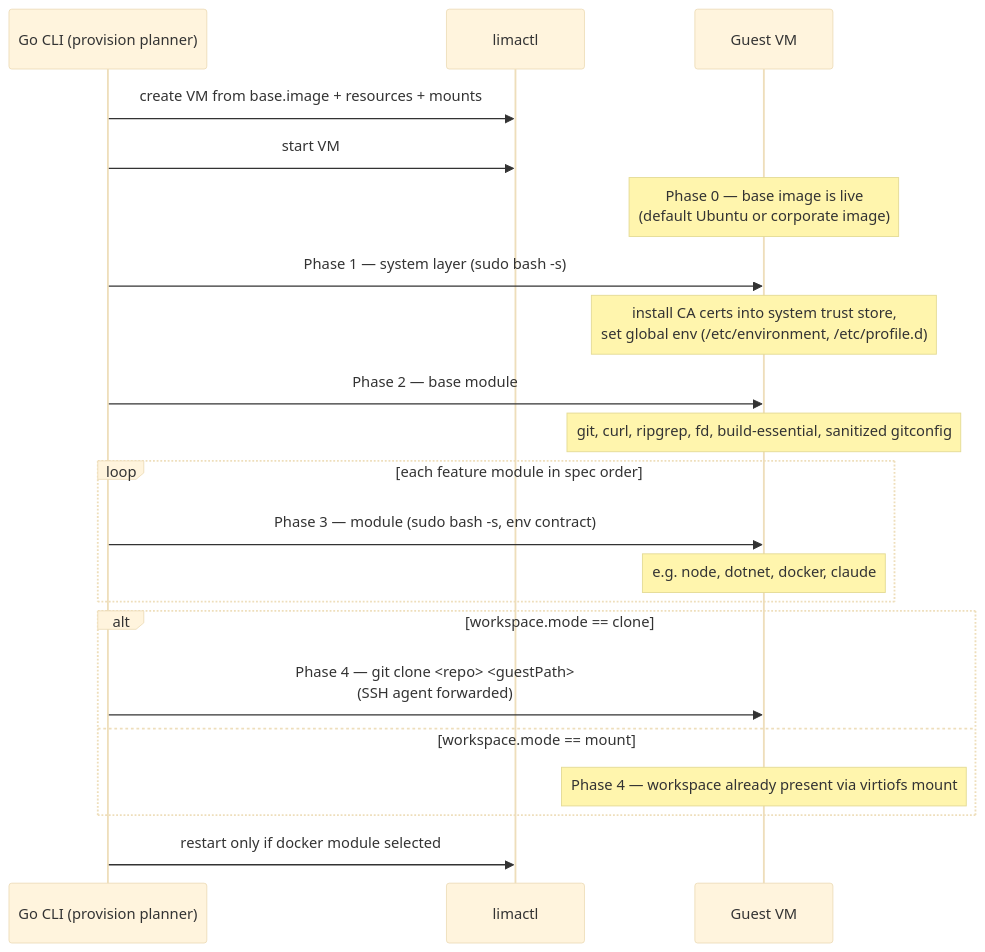
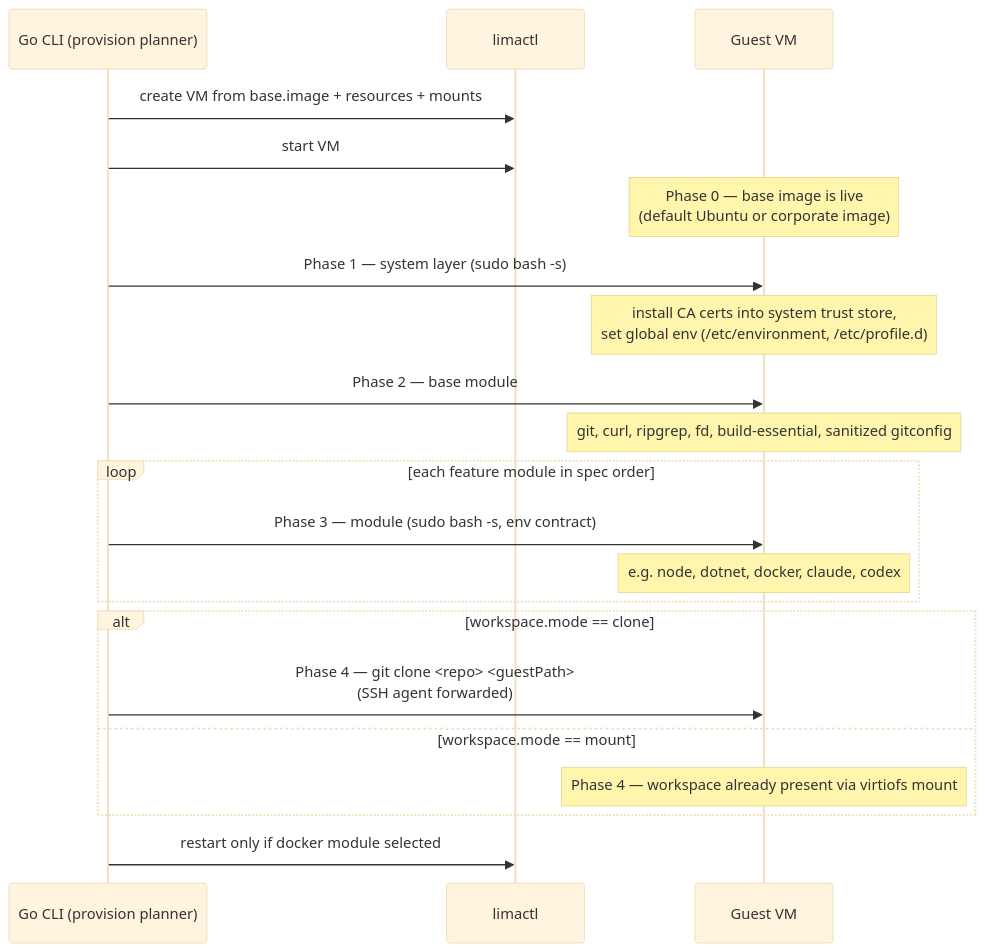
Before and after one commit to MikD1/agent-vm: the third of 6 diagrams in docs/architecture.md, drawn with Mermaid (base theme). The commit also changed other lines of this file and 2 other files, not shown here.

Commit message:
docs(modules): document the codex module

````diff
--- a/docs/architecture.md
+++ b/docs/architecture.md
@@ -171,28 +171,28 @@
 ```mermaid
 sequenceDiagram
     participant CLI as Go CLI (provision planner)
     participant Lima as limactl
     participant Guest as Guest VM
 
     CLI->>Lima: create VM from base.image + resources + mounts
     CLI->>Lima: start VM
     Note over Guest: Phase 0 — base image is live<br/>(default Ubuntu or corporate image)
 
     CLI->>Guest: Phase 1 — system layer (sudo bash -s)
     Note over Guest: install CA certs into system trust store,<br/>set global env (/etc/environment, /etc/profile.d)
     CLI->>Guest: Phase 2 — base module
     Note over Guest: git, curl, ripgrep, fd, build-essential, sanitized gitconfig
 
     loop each feature module in spec order
         CLI->>Guest: Phase 3 — module (sudo bash -s, env contract)
-        Note over Guest: e.g. node, dotnet, docker, claude
+        Note over Guest: e.g. node, dotnet, docker, claude, codex
     end
 
     alt workspace.mode == clone
         CLI->>Guest: Phase 4 — git clone <repo> <guestPath><br/>(SSH agent forwarded)
     else workspace.mode == mount
         Note over Guest: Phase 4 — workspace already present via virtiofs mount
     end
 
     CLI->>Lima: restart only if docker module selected
 ```
````
